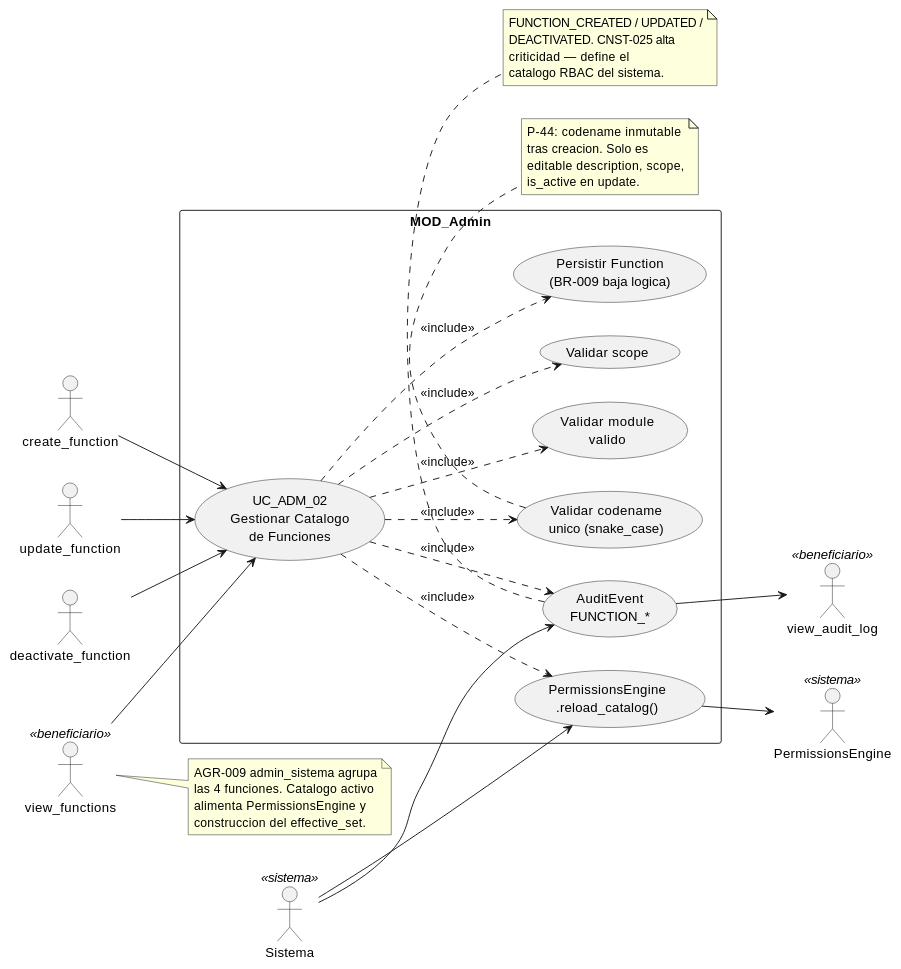
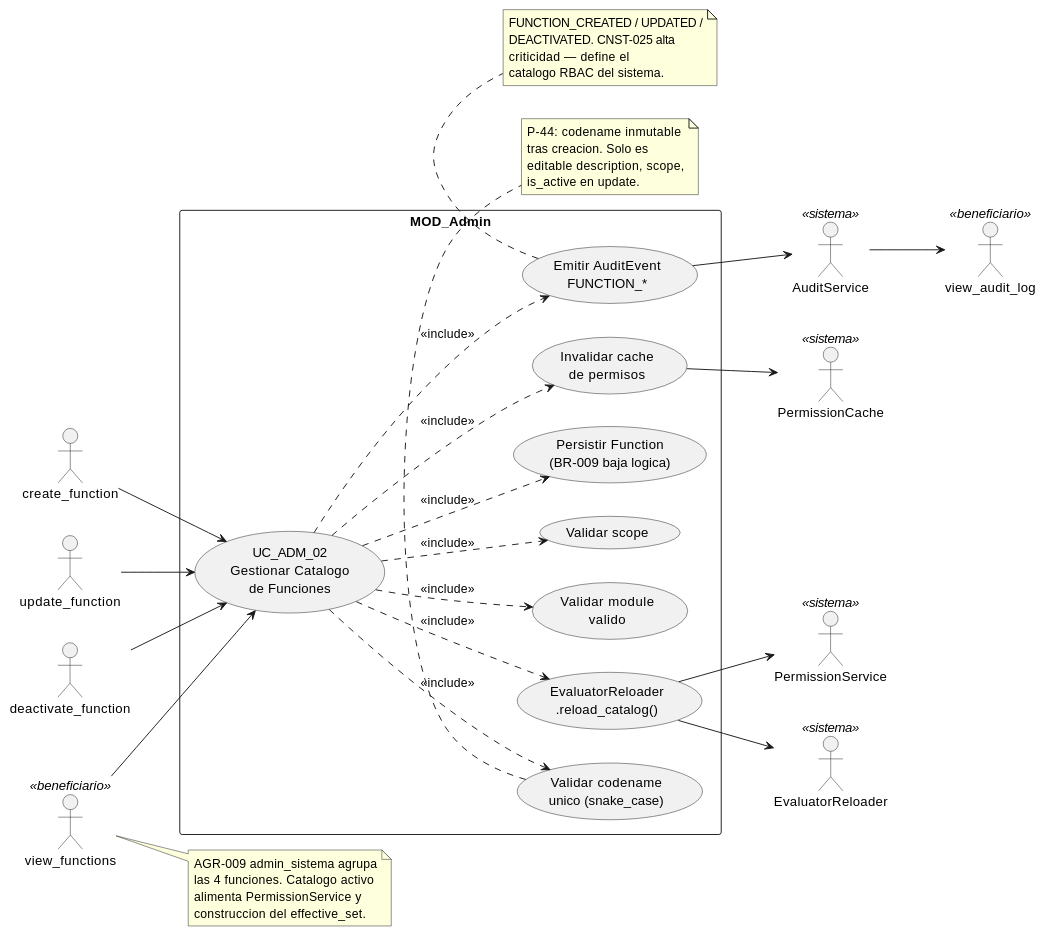
Before and after one commit to jcg-admin/IACT-docs: the diagram in source/requisitos/casos-uso/admin/uc-adm-02/diagramas-uml/diagrama-de-caso-de-uso.rst, drawn with PlantUML. The commit also changed other lines of this file and 52 other files, not shown here.

```diff
--- a/source/requisitos/casos-uso/admin/uc-adm-02/diagramas-uml/diagrama-de-caso-de-uso.rst
+++ b/source/requisitos/casos-uso/admin/uc-adm-02/diagramas-uml/diagrama-de-caso-de-uso.rst
@@ -4,64 +4,69 @@
 .. uml::
  :caption: UC_ADM_02 — actores y casos asociados
 
  @startuml
 
  left to right direction
 
  actor "create_function" as F_CREATE
  actor "update_function" as F_UPDATE
  actor "deactivate_function" as F_DEACTIVATE
  actor "view_functions" as F_VIEW <<beneficiario>>
  actor "view_audit_log" as view_audit_log <<beneficiario>>
- actor "PermissionsEngine" as PE <<sistema>>
- actor "Sistema" as Sistema <<sistema>>
+ actor "PermissionService" as PS <<sistema>>
+ actor "PermissionCache" as PC <<sistema>>
+ actor "EvaluatorReloader" as EE <<sistema>>
+ actor "AuditService" as AS <<sistema>>
 
  rectangle "MOD_Admin" {
    usecase "UC_ADM_02\nGestionar Catalogo\nde Funciones" as UC_ADM_02
    usecase "Validar codename\nunico (snake_case)" as VALIDAR_CODENAME
    usecase "Validar module\nvalido" as VALIDAR_MODULE
    usecase "Validar scope" as VALIDAR_SCOPE
    usecase "Persistir Function\n(BR-009 baja logica)" as PERSISTIR
-   usecase "AuditEvent\nFUNCTION_*" as AUDIT
-   usecase "PermissionsEngine\n.reload_catalog()" as RELOAD
+   usecase "Emitir AuditEvent\nFUNCTION_*" as AUDIT
+   usecase "Invalidar cache\nde permisos" as INVALIDAR
+   usecase "EvaluatorReloader\n.reload_catalog()" as RELOAD
  }
 
  F_CREATE --> UC_ADM_02
  F_UPDATE --> UC_ADM_02
  F_DEACTIVATE --> UC_ADM_02
  F_VIEW --> UC_ADM_02
 
  UC_ADM_02 ..> VALIDAR_CODENAME : <<include>>
  UC_ADM_02 ..> VALIDAR_MODULE : <<include>>
  UC_ADM_02 ..> VALIDAR_SCOPE : <<include>>
  UC_ADM_02 ..> PERSISTIR : <<include>>
  UC_ADM_02 ..> AUDIT : <<include>>
+ UC_ADM_02 ..> INVALIDAR : <<include>>
  UC_ADM_02 ..> RELOAD : <<include>>
 
- Sistema --> AUDIT
- Sistema --> RELOAD
- AUDIT --> view_audit_log
- RELOAD --> PE
+ INVALIDAR --> PC
+ RELOAD --> EE
+ RELOAD --> PS
+ AUDIT --> AS
+ AS --> view_audit_log
 
  note bottom of VALIDAR_CODENAME
    P-44: codename inmutable
    tras creacion. Solo es
    editable description, scope,
    is_active en update.
  end note
 
  note bottom of AUDIT
    FUNCTION_CREATED / UPDATED /
    DEACTIVATED. CNST-025 alta
    criticidad — define el
    catalogo RBAC del sistema.
  end note
 
  note right of F_VIEW
    AGR-009 admin_sistema agrupa
    las 4 funciones. Catalogo activo
-   alimenta PermissionsEngine y
+   alimenta PermissionService y
    construccion del effective_set.
  end note
 
  @enduml
```
